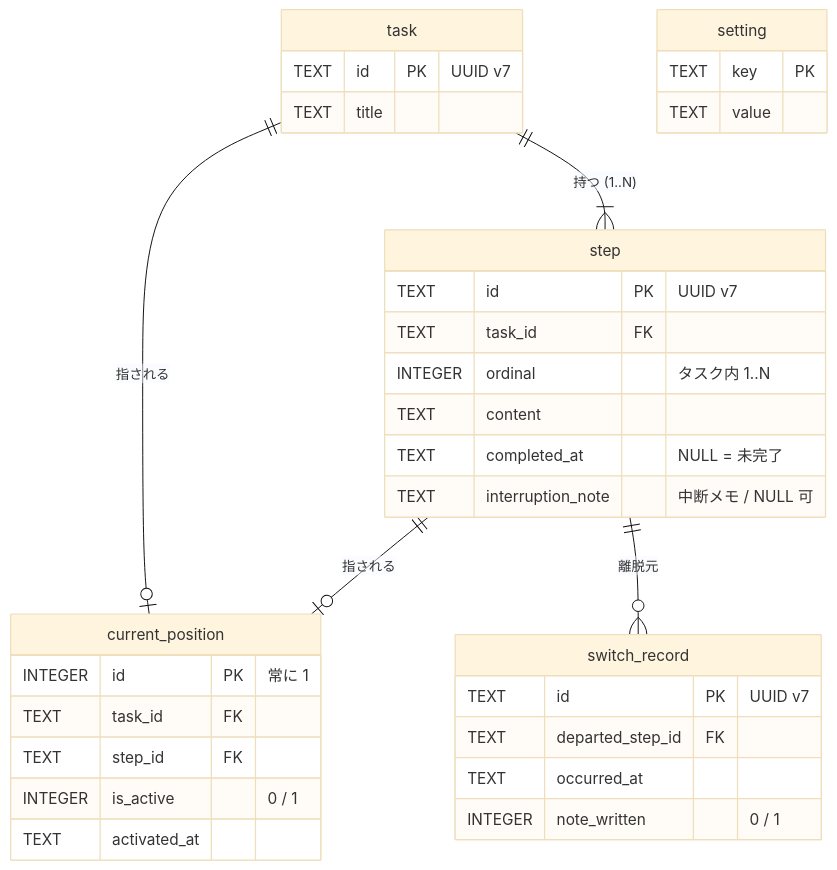
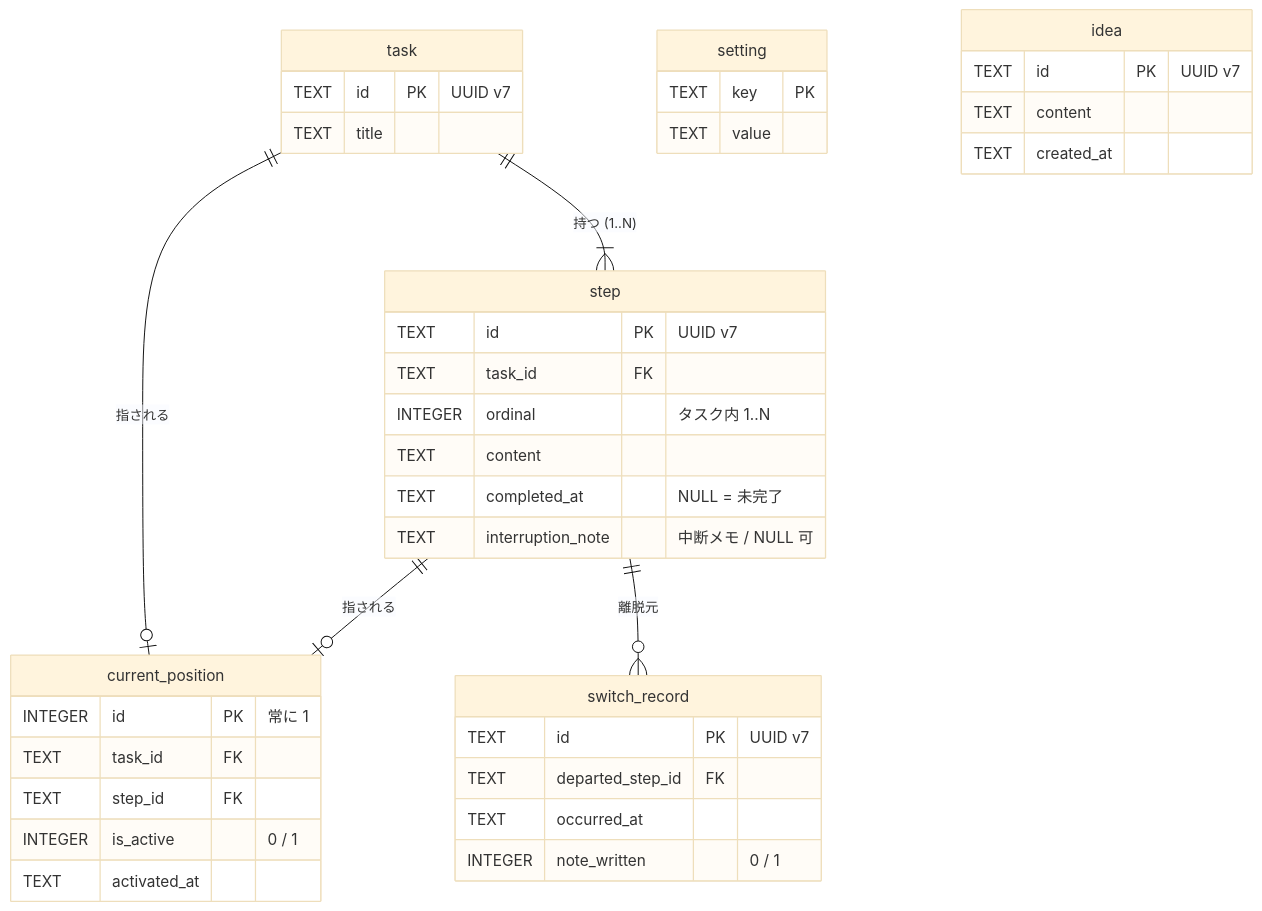
One commit to onzuka24/my-task-manager changed the diagram in docs/database.md. Above: the diagram before and after it, drawn with Mermaid (base theme). The commit also changed other lines of this file and 19 other files, not shown here.

````diff
--- a/docs/database.md
+++ b/docs/database.md
@@ -12,37 +12,42 @@
 ```mermaid
 erDiagram
     task ||--|{ step : "持つ (1..N)"
     task ||--o| current_position : "指される"
     step ||--o| current_position : "指される"
     step ||--o{ switch_record : "離脱元"
 
     task {
         TEXT id PK "UUID v7"
         TEXT title
     }
     step {
         TEXT id PK "UUID v7"
         TEXT task_id FK
         INTEGER ordinal "タスク内 1..N"
         TEXT content
         TEXT completed_at "NULL = 未完了"
         TEXT interruption_note "中断メモ / NULL 可"
     }
     current_position {
         INTEGER id PK "常に 1"
         TEXT task_id FK
         TEXT step_id FK
         INTEGER is_active "0 / 1"
         TEXT activated_at
     }
     switch_record {
         TEXT id PK "UUID v7"
         TEXT departed_step_id FK
         TEXT occurred_at
         INTEGER note_written "0 / 1"
     }
     setting {
         TEXT key PK
         TEXT value
     }
+    idea {
+        TEXT id PK "UUID v7"
+        TEXT content
+        TEXT created_at
+    }
 ```
````
